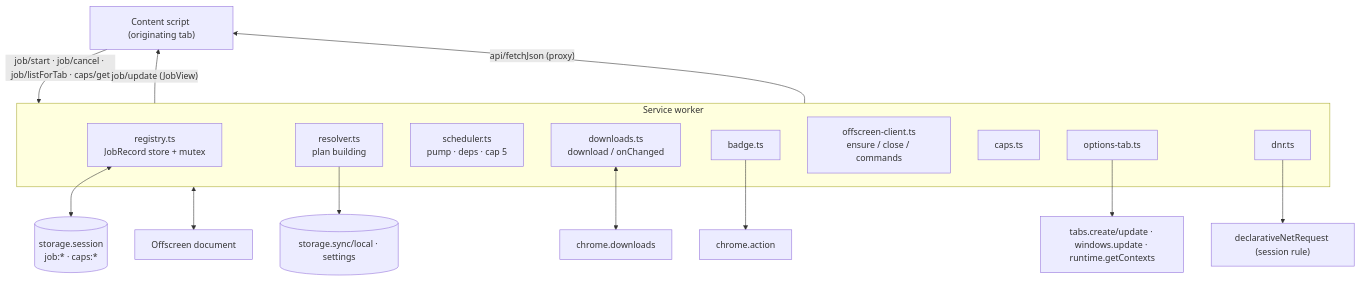
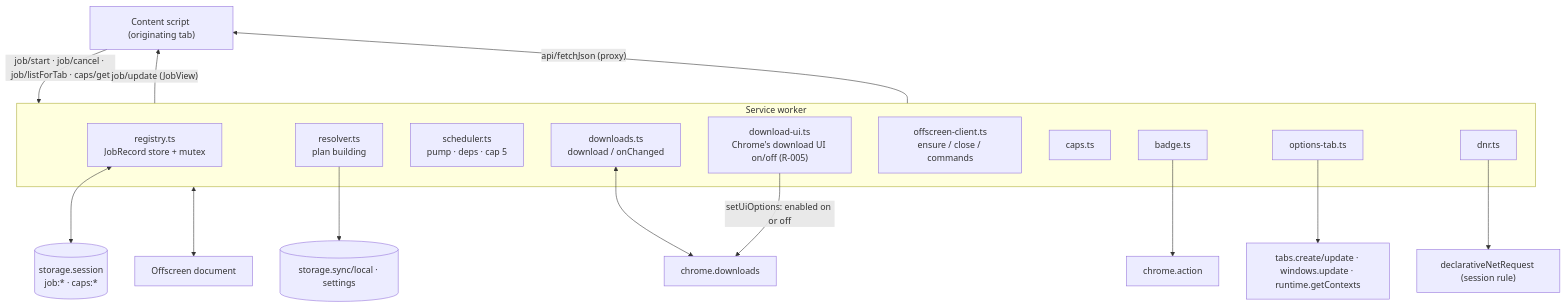
One commit to kyoicn/pixivhelper changed the first of 7 diagrams in docs/design/design-download-engine.md. Above: the diagram before and after it, drawn with Mermaid. The commit also changed other lines of this file and 8 other files, not shown here.

````diff
--- a/docs/design/design-download-engine.md
+++ b/docs/design/design-download-engine.md
@@ -35,24 +36,26 @@
 ```mermaid
 flowchart TB
   CS["Content script (originating tab)"] -- "job/start · job/cancel · job/listForTab · caps/get" --> SW
   SW -- "job/update (JobView)" --> CS
   SW -- "api/fetchJson (proxy)" --> CS
   subgraph SW["Service worker"]
     R["registry.ts<br/>JobRecord store + mutex"]
     RES["resolver.ts<br/>plan building"]
     SCH["scheduler.ts<br/>pump · deps · cap 5"]
     DLW["downloads.ts<br/>download / onChanged"]
     BAD["badge.ts"]
     OC["offscreen-client.ts<br/>ensure / close / commands"]
     CAPS["caps.ts"]
     OPTT["options-tab.ts"]
     DNRM["dnr.ts"]
+    DUI["download-ui.ts<br/>Chrome's download UI on/off (R-005)"]
   end
   SW <--> OFF["Offscreen document"]
   R <--> SS[("storage.session<br/>job:* · caps:*")]
   DLW <--> DL["chrome.downloads"]
+  DUI -- "setUiOptions: enabled on or off" --> DL
   BAD --> ACT["chrome.action"]
   OPTT --> TABS["tabs.create/update · windows.update · runtime.getContexts"]
   DNRM --> DNR["declarativeNetRequest (session rule)"]
   RES --> SETS[("storage.sync/local · settings")]
 ```
````
